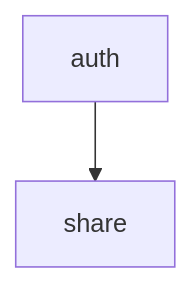
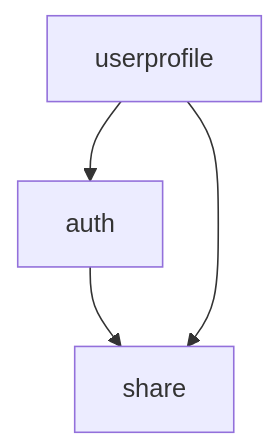
The second of 2 diagrams in .roo/rules/04_ARCHITECTURE.md (char5742/ecsite-sample-spring), drawn with Mermaid before and after one commit. The commit also changed other lines of this file and 28 other files, not shown here.

````diff
--- a/.roo/rules/04_ARCHITECTURE.md
+++ b/.roo/rules/04_ARCHITECTURE.md
@@ -86,4 +87,6 @@
 ```mermaid
 flowchart TD
     auth --> share;
+    userprofile --> share;
+    userprofile --> auth;
 ```
````
